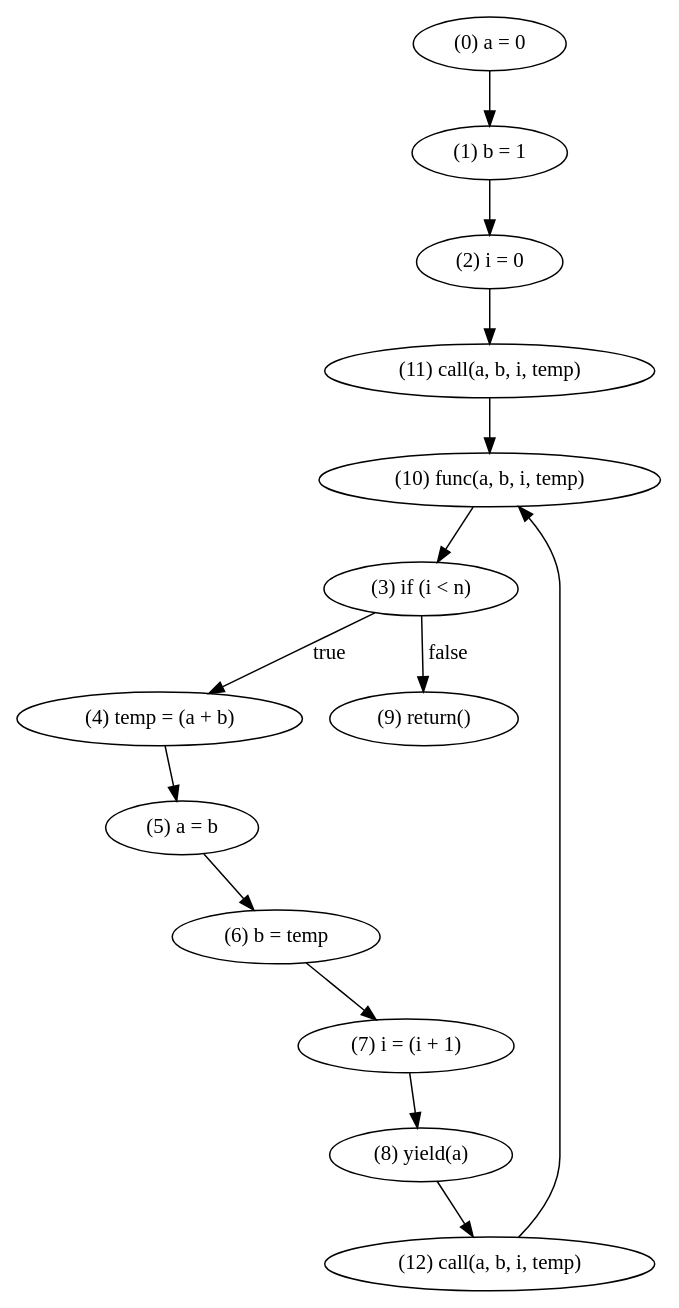
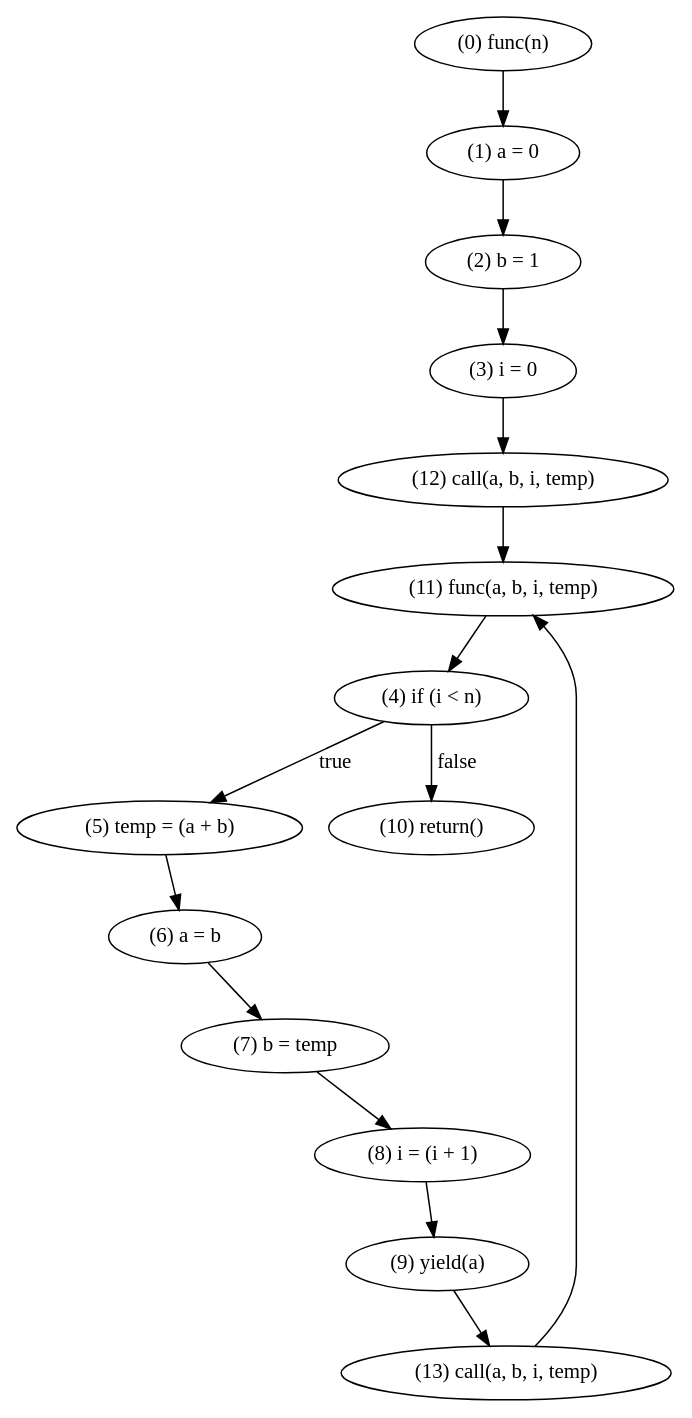
Before and after one commit to WorldofKerry/ToHDL: the diagram in crates/passes/insert_phi.dot, drawn with Graphviz. The commit also changed 7 other files, not shown here.

```diff
--- a/crates/passes/insert_phi.dot
+++ b/crates/passes/insert_phi.dot
@@ -1,28 +1,30 @@
 digraph {
-    0 [ label = "(0) a = 0" ]
-    1 [ label = "(1) b = 1" ]
-    2 [ label = "(2) i = 0" ]
-    3 [ label = "(3) if (i < n)" ]
-    4 [ label = "(4) temp = (a + b)" ]
-    5 [ label = "(5) a = b" ]
-    6 [ label = "(6) b = temp" ]
-    7 [ label = "(7) i = (i + 1)" ]
-    8 [ label = "(8) yield(a)" ]
-    9 [ label = "(9) return()" ]
-    10 [ label = "(10) func(a, b, i, temp)" ]
-    11 [ label = "(11) call(a, b, i, temp)" ]
+    0 [ label = "(0) func(n)" ]
+    1 [ label = "(1) a = 0" ]
+    2 [ label = "(2) b = 1" ]
+    3 [ label = "(3) i = 0" ]
+    4 [ label = "(4) if (i < n)" ]
+    5 [ label = "(5) temp = (a + b)" ]
+    6 [ label = "(6) a = b" ]
+    7 [ label = "(7) b = temp" ]
+    8 [ label = "(8) i = (i + 1)" ]
+    9 [ label = "(9) yield(a)" ]
+    10 [ label = "(10) return()" ]
+    11 [ label = "(11) func(a, b, i, temp)" ]
     12 [ label = "(12) call(a, b, i, temp)" ]
+    13 [ label = "(13) call(a, b, i, temp)" ]
     0 -> 1 [ label = "" ]
     1 -> 2 [ label = "" ]
-    2 -> 11 [ label = "" ]
-    3 -> 9 [ label = "false" ]
-    3 -> 4 [ label = "true" ]
-    4 -> 5 [ label = "" ]
+    2 -> 3 [ label = "" ]
+    3 -> 12 [ label = "" ]
+    4 -> 10 [ label = "false" ]
+    4 -> 5 [ label = "true" ]
     5 -> 6 [ label = "" ]
     6 -> 7 [ label = "" ]
     7 -> 8 [ label = "" ]
-    8 -> 12 [ label = "" ]
-    10 -> 3 [ label = "" ]
-    11 -> 10 [ label = "" ]
-    12 -> 10 [ label = "" ]
+    8 -> 9 [ label = "" ]
+    9 -> 13 [ label = "" ]
+    11 -> 4 [ label = "" ]
+    12 -> 11 [ label = "" ]
+    13 -> 11 [ label = "" ]
 }
```
